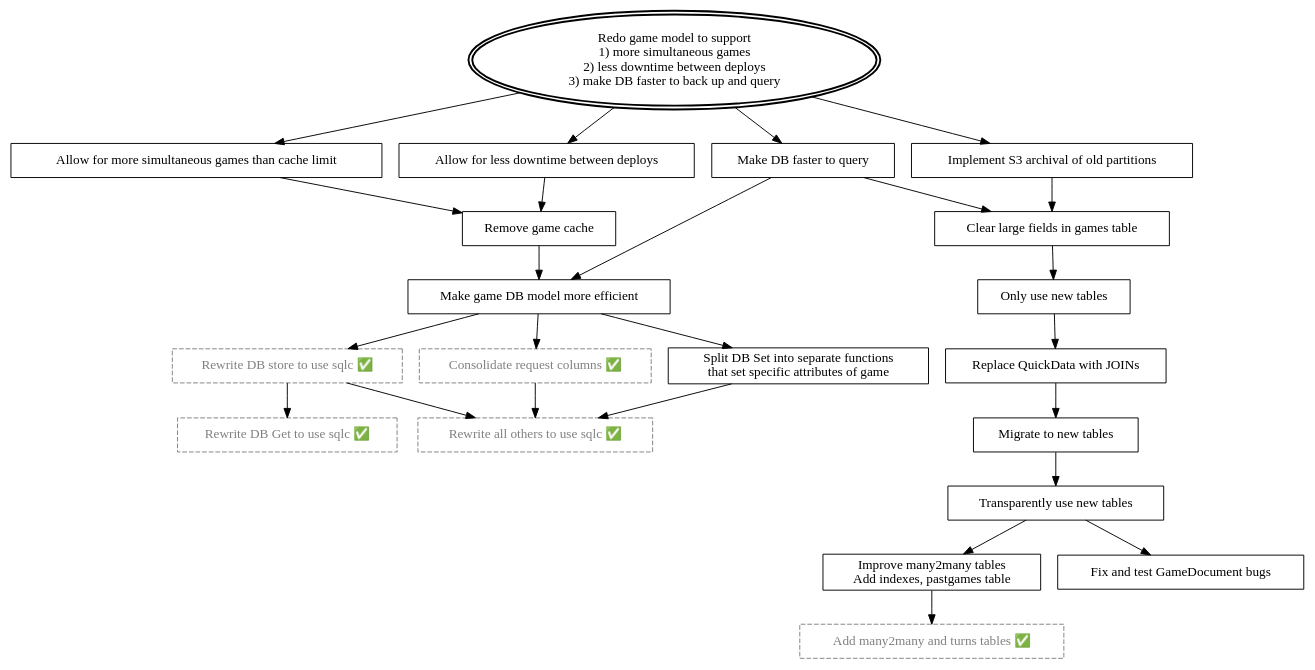
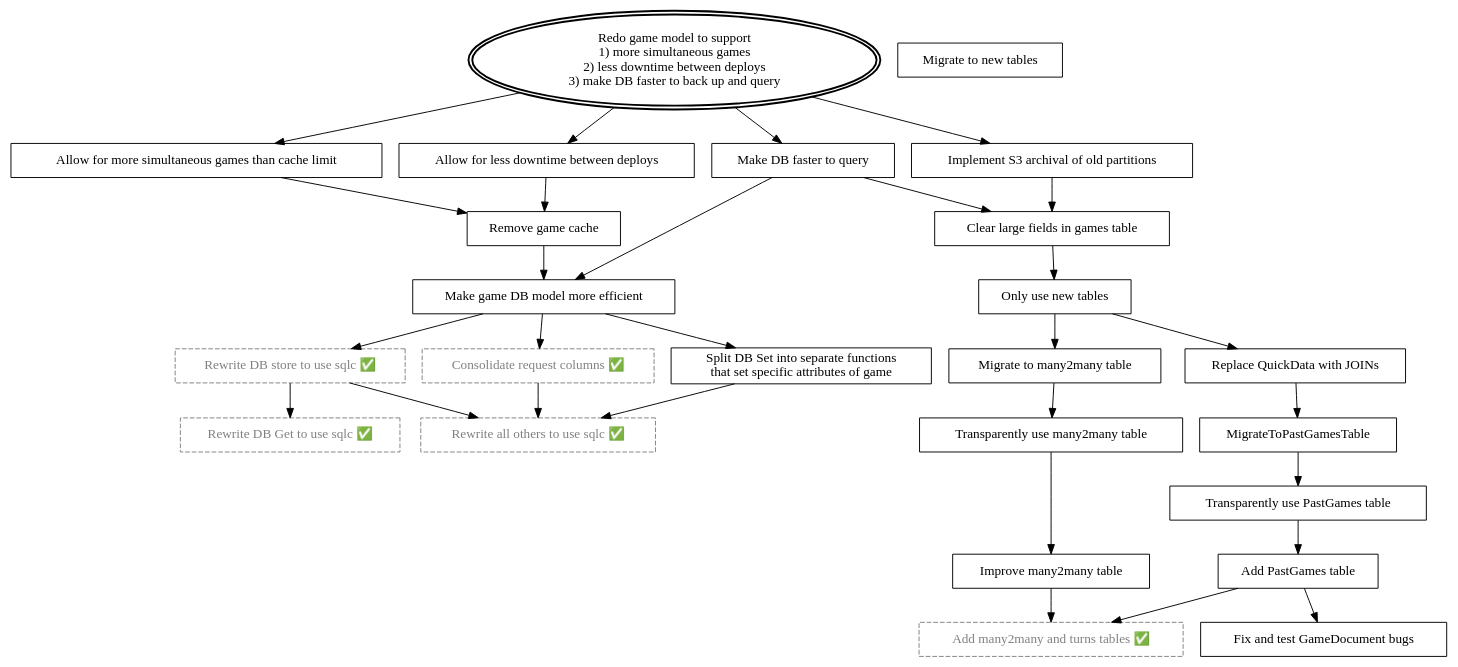
Before and after one commit to woogles-io/liwords: the diagram in docs/mikado/remove-game-caches.dot, drawn with Graphviz. The commit also changed other lines of this file and 23 other files, not shown here.

Commit message:
add an improved game_players table

```diff
--- a/docs/mikado/remove-game-caches.dot
+++ b/docs/mikado/remove-game-caches.dot
@@ -1,64 +1,69 @@
 digraph RedoGameModel {
-    Goal [label="Redo game model to support\n1) more simultaneous games\n2) less downtime between deploys\n3) make DB faster to back up and query";
-    shape=oval, peripheries=2, style=bold];
+    Goal [label = "Redo game model to support\n1) more simultaneous games\n2) less downtime between deploys\n3) make DB faster to back up and query";shape = oval;peripheries = 2;style = bold;];
 
     // Define a reusable style for "checked nodes"  ✅
-    node [shape=box, color=gray, fontcolor=gray, style=dashed];
-    DBGet [label="Rewrite DB Get to use sqlc ✅"];
-    AddOtherTables [label="Add many2many and turns tables ✅"];
-    SQLCDBStore [label="Rewrite DB store to use sqlc ✅"];
-    SQLCOtherFuncs [label="Rewrite all others to use sqlc ✅"];
-    ConsolidateRequestColumns [label="Consolidate request columns ✅"];
+    node [shape = box; color = gray; fontcolor = gray; style = dashed;];
+    DBGet [label = "Rewrite DB Get to use sqlc ✅";];
+    AddOtherTables [label = "Add many2many and turns tables ✅";];
+    SQLCDBStore [label = "Rewrite DB store to use sqlc ✅";];
+    SQLCOtherFuncs [label = "Rewrite all others to use sqlc ✅";];
+    ConsolidateRequestColumns [label = "Consolidate request columns ✅";];
 
     // Reset to default for other uncompleted nodes
-    node [shape=box, color=black, fontcolor=black, style=solid];
+    node [shape = box; color = black; fontcolor = black; style = solid;];
 
-    MoreSimultaneousGames [label="Allow for more simultaneous games than cache limit"];
-    LessDowntimeBetweenDeploys [label="Allow for less downtime between deploys"];
-    MakeDBFaster [label="Make DB faster to query"];
+    MoreSimultaneousGames [label = "Allow for more simultaneous games than cache limit";];
+    LessDowntimeBetweenDeploys [label = "Allow for less downtime between deploys";];
+    MakeDBFaster [label = "Make DB faster to query";];
 
-    ImproveOtherTables [label="Improve many2many tables\nAdd indexes, pastgames table"];
-    OnlyUseOtherTables [label="Only use new tables"];
-    MigrateToNewTables [label="Migrate to new tables"];
-    UseOtherTables [label="Transparently use new tables"];
-    RemoveGameCache [label="Remove game cache"];
-    EfficientTable [label="Make game DB model more efficient"];
+    ImproveMany2ManyTable [label = "Improve many2many table";];
+    MigrateToMany2ManyTable [label = "Migrate to many2many table";];
+    AddPastGamesTable [label = "Add PastGames table";];
+    OnlyUseNewTables [label = "Only use new tables";];
+    MigrateToNewTables [label = "Migrate to new tables";];
+    UseMany2ManyTable [label = "Transparently use many2many table";];
+    UsePastGamesTable [label = "Transparently use PastGames table";];
+    RemoveGameCache [label = "Remove game cache";];
+    EfficientTable [label = "Make game DB model more efficient";];
 
-    FixGameDocumentBugs [label="Fix and test GameDocument bugs"];
+    FixGameDocumentBugs [label = "Fix and test GameDocument bugs";];
 
-    DBSetSplit [label="Split DB Set into separate functions\nthat set specific attributes of game"];
+    DBSetSplit [label = "Split DB Set into separate functions\nthat set specific attributes of game";];
 
-    ReplaceQuickData [label="Replace QuickData with JOINs"];
+    ReplaceQuickData [label = "Replace QuickData with JOINs";];
 
-    ClearLargeFields [label="Clear large fields in games table"];
-    ImplementS3Archival [label="Implement S3 archival of old partitions"];
+    ClearLargeFields [label = "Clear large fields in games table";];
+    ImplementS3Archival [label = "Implement S3 archival of old partitions";];
     // Arrows
     Goal -> MoreSimultaneousGames;
     Goal -> LessDowntimeBetweenDeploys;
     Goal -> MakeDBFaster;
     Goal -> ImplementS3Archival;
 
     MoreSimultaneousGames -> RemoveGameCache;
     LessDowntimeBetweenDeploys -> RemoveGameCache;
     MakeDBFaster -> EfficientTable;
 
     RemoveGameCache -> EfficientTable;
-    OnlyUseOtherTables -> ReplaceQuickData;
-    ReplaceQuickData -> MigrateToNewTables;
+    OnlyUseNewTables -> ReplaceQuickData;
+    OnlyUseNewTables -> MigrateToMany2ManyTable;
+    ReplaceQuickData -> MigrateToPastGamesTable;
 
-    MigrateToNewTables -> UseOtherTables;
-    ImproveOtherTables -> AddOtherTables;
+    MigrateToMany2ManyTable -> UseMany2ManyTable;
+    ImproveMany2ManyTable -> AddOtherTables;
+    MigrateToPastGamesTable -> UsePastGamesTable;
+    AddPastGamesTable -> AddOtherTables;
     EfficientTable -> SQLCDBStore;
     EfficientTable -> DBSetSplit;
     DBSetSplit -> SQLCOtherFuncs;
-    UseOtherTables -> ImproveOtherTables;
-    UseOtherTables -> FixGameDocumentBugs;
+    UseMany2ManyTable -> ImproveMany2ManyTable;
+    UsePastGamesTable -> AddPastGamesTable;
+    AddPastGamesTable -> FixGameDocumentBugs;
     SQLCDBStore -> DBGet;
     SQLCDBStore -> SQLCOtherFuncs;
     ConsolidateRequestColumns -> SQLCOtherFuncs;
     EfficientTable -> ConsolidateRequestColumns;
     MakeDBFaster -> ClearLargeFields;
-    ClearLargeFields -> OnlyUseOtherTables;
+    ClearLargeFields -> OnlyUseNewTables;
     ImplementS3Archival -> ClearLargeFields;
-
 }
```
